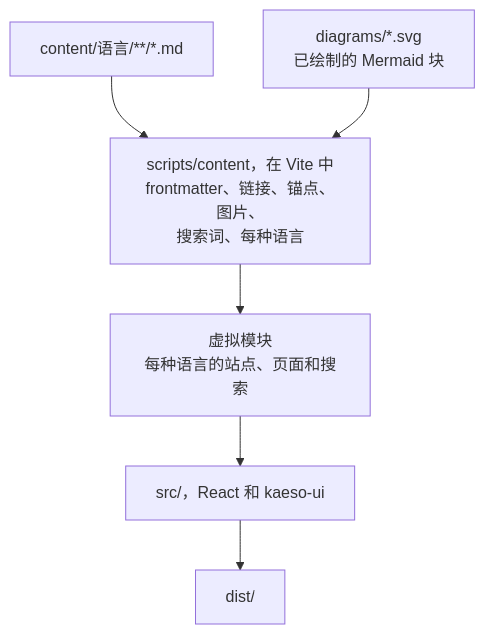
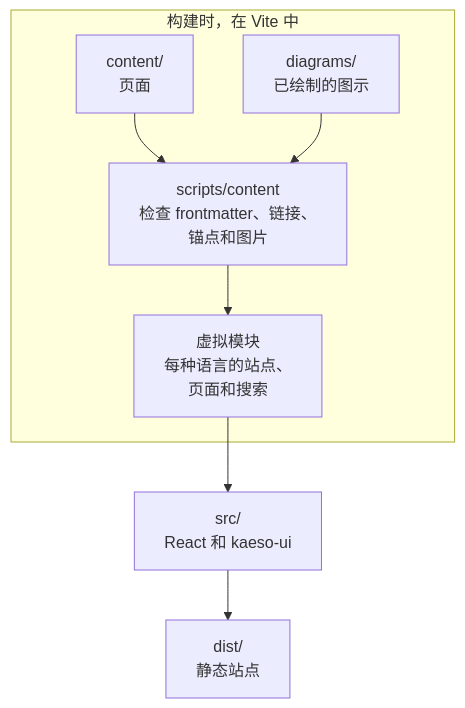
The diagram in apps/docs/content/zh-CN/development/architecture/docs-site.md (logicplanes/kaeso), drawn with Mermaid before and after one commit. The commit also changed 89 other files, not shown here.

First line of the commit message:
Redraw the development pages' diagrams around what a contributor changes

````diff
--- a/apps/docs/content/zh-CN/development/architecture/docs-site.md
+++ b/apps/docs/content/zh-CN/development/architecture/docs-site.md
@@ -9,10 +9,11 @@
 ```mermaid
 flowchart TD
   accTitle: 从 Markdown 到站点
   accDescr: 构建时，scripts/content 读取 content 中的页面和 diagrams 中已绘制的图示，进行检查，并为每种语言的站点、每个页面和搜索写出虚拟模块。src 中的 React 应用用 UI 库绘制它们，Vite 写出 dist。
-  pages[content/语言/**/*.md] --> content[scripts/content，在 Vite 中<br>frontmatter、链接、锚点、图片、<br>搜索词、每种语言]
-  diagrams[diagrams/*.svg<br>已绘制的 Mermaid 块] --> content
-  content --> modules[虚拟模块<br>每种语言的站点、页面和搜索]
-  modules --> app[src/，React 和 kaeso-ui]
-  app --> dist[dist/]
+  subgraph build [构建时，在 Vite 中]
+    pages[content/<br>页面] --> compiler
+    diagrams[diagrams/<br>已绘制的图示] --> compiler
+    compiler[scripts/content<br>检查 frontmatter、链接、<br>锚点和图片]:::accent --> modules[虚拟模块<br>每种语言的站点、<br>页面和搜索]
+  end
+  modules --> app[src/<br>React 和 kaeso-ui] --> dist[dist/<br>静态站点]
 ```
````
